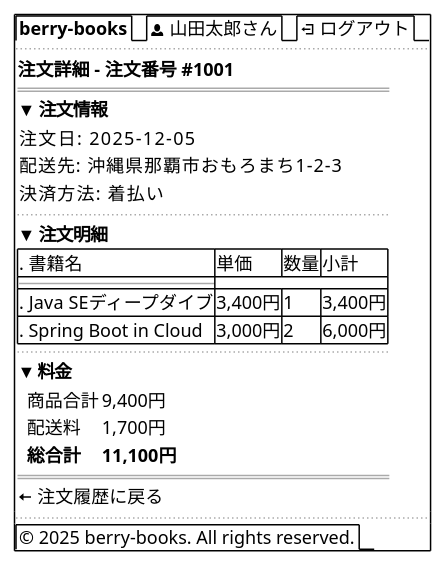
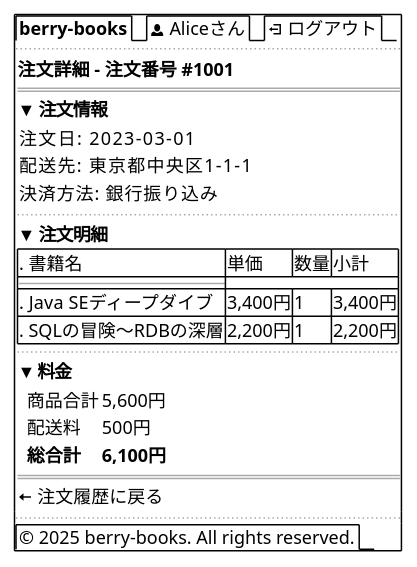
Before and after one commit to KenyaSaitoh/ai_dev_training_202512: the ninth of 13 diagrams in projects/java/berry-books-spec-driven/specs/wireframes.md, drawn with PlantUML. The commit also changed other lines of this file and 13 other files, not shown here.

````diff
--- a/projects/java/berry-books-spec-driven/specs/wireframes.md
+++ b/projects/java/berry-books-spec-driven/specs/wireframes.md
@@ -495,37 +496,37 @@
 ```plantuml
 @startsalt
 {+
-  {/ <b>berry-books</b> | <&person> 山田太郎さん | <&account-logout> ログアウト }
+  {/ <b>berry-books</b> | <&person> Aliceさん | <&account-logout> ログアウト }
   ..
   {
     <b>注文詳細 - 注文番号 #1001</b>
     ==
     <b>▼ 注文情報</b>
     {
-      注文日:     2025-12-05
-      配送先:     沖縄県那覇市おもろまち1-2-3
-      決済方法:   着払い
+      注文日:     2023-03-01
+      配送先:     東京都中央区1-1-1
+      決済方法:   銀行振り込み
     }
     ..
     <b>▼ 注文明細</b>
     {#
       . 書籍名                    | 単価      | 数量 | 小計
       --
       . Java SEディープダイブ      | 3,400円   | 1   | 3,400円
-      . Spring Boot in Cloud     | 3,000円   | 2   | 6,000円
+      . SQLの冒険～RDBの深層       | 2,200円   | 1   | 2,200円
     }
     ..
     <b>▼ 料金</b>
     {
-      . | 商品合計   | 9,400円
-      . | 配送料     | 1,700円
-      . | <b>総合計</b> | <b>11,100円</b>
+      . | 商品合計   | 5,600円
+      . | 配送料     | 500円
+      . | <b>総合計</b> | <b>6,100円</b>
     }
     ==
     <&arrow-left> 注文履歴に戻る
   }
   ..
   {/ © 2025 berry-books. All rights reserved. }
 }
 @endsalt
 ```
````
